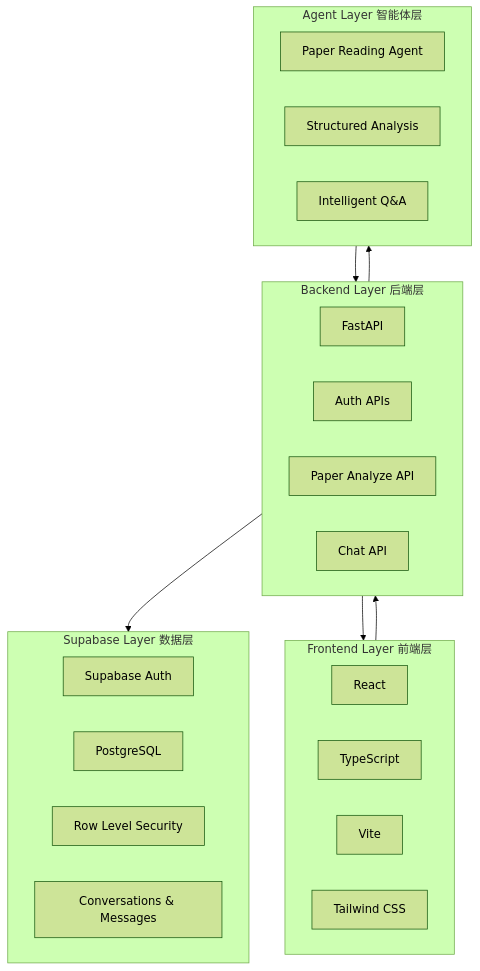
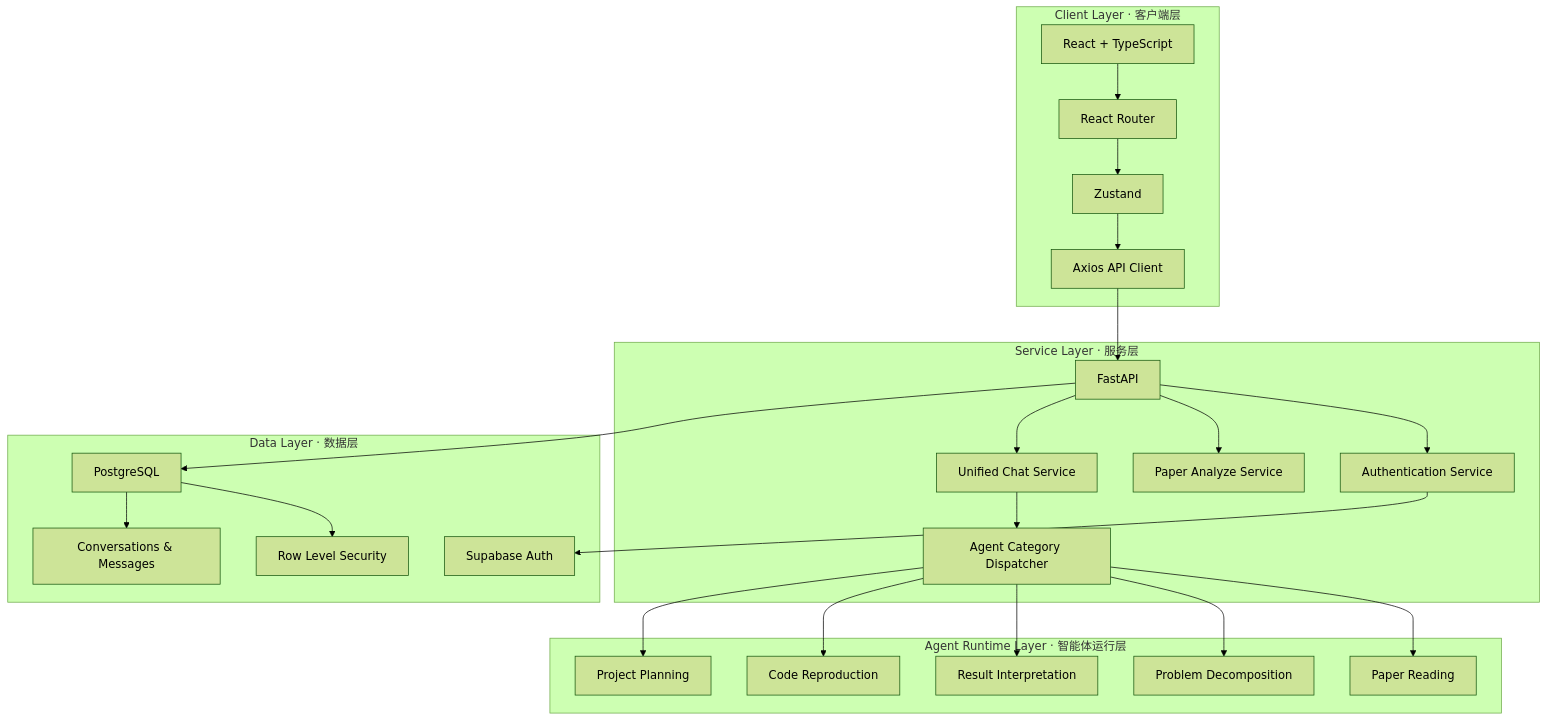
The second of 6 diagrams in README.md (telitor/SciCopilot), drawn with Mermaid (forest theme) before and after one commit. The commit also changed other lines of this file, not shown here.

````diff
--- a/README.md
+++ b/README.md
@@ -109,35 +192,53 @@
 ```mermaid
 flowchart TB
-    subgraph Frontend["Frontend Layer 前端层"]
-        F1["React"]
-        F2["TypeScript"]
-        F3["Vite"]
-        F4["Tailwind CSS"]
+    subgraph Client["Client Layer · 客户端层"]
+        UI["React + TypeScript"]
+        ROUTER["React Router"]
+        STORE["Zustand"]
+        HTTP["Axios API Client"]
     end
 
-    subgraph Backend["Backend Layer 后端层"]
-        B1["FastAPI"]
-        B2["Auth APIs"]
-        B3["Paper Analyze API"]
-        B4["Chat API"]
+    subgraph Service["Service Layer · 服务层"]
+        API["FastAPI"]
+        AUTH["Authentication Service"]
+        PAPER["Paper Analyze Service"]
+        CHAT["Unified Chat Service"]
+        DISPATCH["Agent Category Dispatcher"]
     end
 
-    subgraph Database["Supabase Layer 数据层"]
-        S1["Supabase Auth"]
-        S2["PostgreSQL"]
-        S3["Row Level Security"]
-        S4["Conversations & Messages"]
+    subgraph AgentLayer["Agent Runtime Layer · 智能体运行层"]
+        PA["Paper Reading"]
+        PD["Problem Decomposition"]
+        RI["Result Interpretation"]
+        CR["Code Reproduction"]
+        PP["Project Planning"]
     end
 
-    subgraph Agent["Agent Layer 智能体层"]
-        A1["Paper Reading Agent"]
-        A2["Structured Analysis"]
-        A3["Intelligent Q&A"]
+    subgraph Data["Data Layer · 数据层"]
+        SA["Supabase Auth"]
+        DB["PostgreSQL"]
+        RLS["Row Level Security"]
+        MSG["Conversations & Messages"]
     end
 
-    Frontend --> Backend
-    Backend --> Database
-    Backend --> Agent
-    Agent --> Backend
-    Backend --> Frontend
+    UI --> ROUTER
+    ROUTER --> STORE
+    STORE --> HTTP
+    HTTP --> API
+
+    API --> AUTH
+    API --> PAPER
+    API --> CHAT
+    CHAT --> DISPATCH
+
+    DISPATCH --> PA
+    DISPATCH --> PD
+    DISPATCH --> RI
+    DISPATCH --> CR
+    DISPATCH --> PP
+
+    AUTH --> SA
+    API --> DB
+    DB --> RLS
+    DB --> MSG
 ```
````
